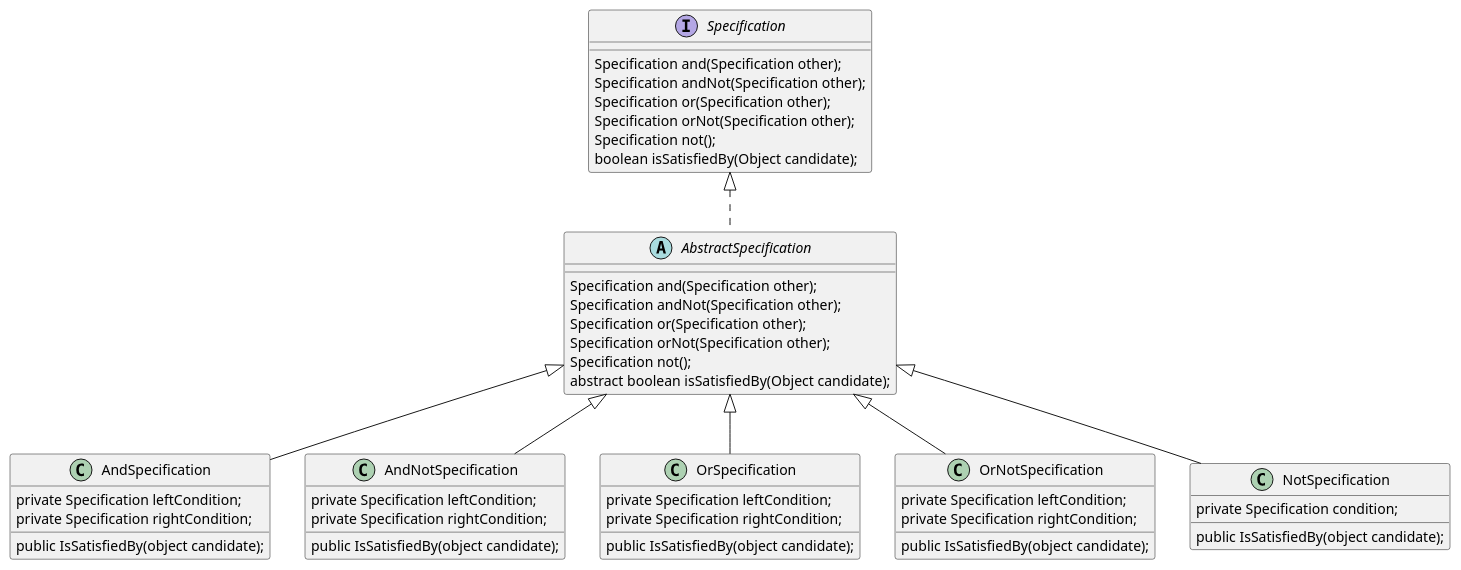
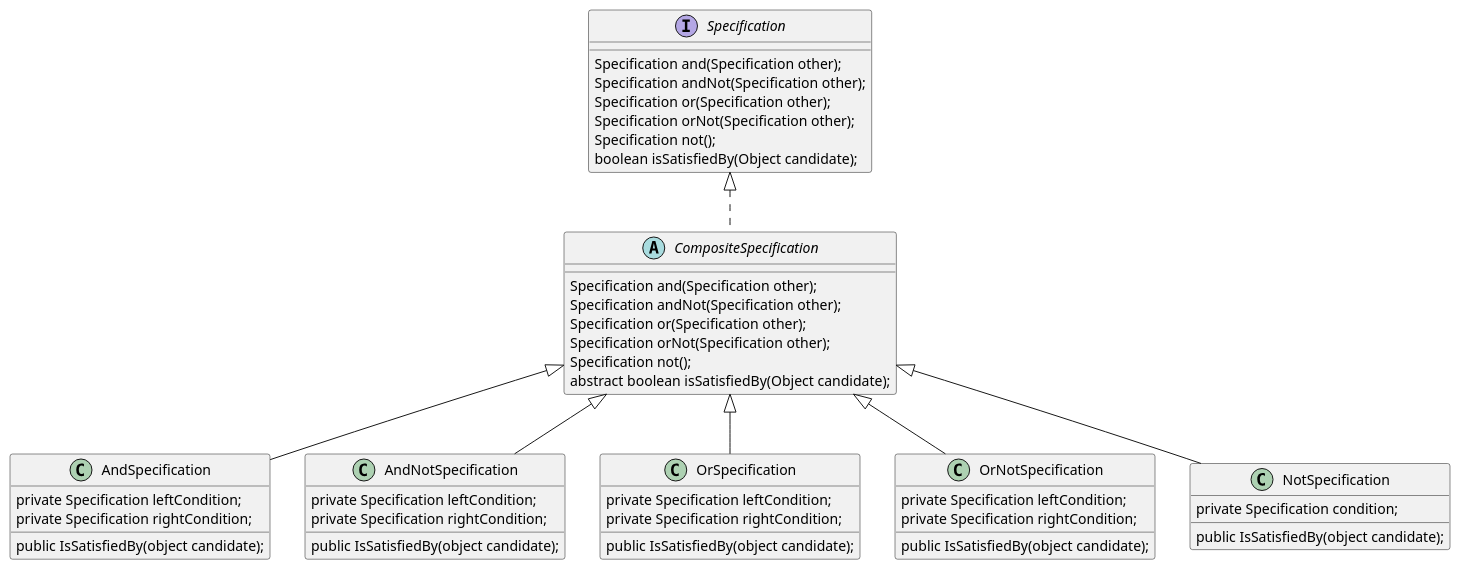
The diagram in specification/diagram.puml (devyonghee/design-pattern-java), drawn with PlantUML before and after one commit. The commit also changed 9 other files, not shown here.

```diff
--- a/specification/diagram.puml
+++ b/specification/diagram.puml
@@ -1,57 +1,57 @@
 @startuml
 'https://plantuml.com/class-diagram
 
 interface Specification {
   Specification and(Specification other);
   Specification andNot(Specification other);
   Specification or(Specification other);
   Specification orNot(Specification other);
   Specification not();
   boolean isSatisfiedBy(Object candidate);
 }
 
-abstract class AbstractSpecification implements Specification {
+abstract class CompositeSpecification implements Specification {
   Specification and(Specification other);
   Specification andNot(Specification other);
   Specification or(Specification other);
   Specification orNot(Specification other);
   Specification not();
   abstract boolean isSatisfiedBy(Object candidate);
 }
 
-class AndSpecification extends AbstractSpecification {
+class AndSpecification extends CompositeSpecification {
   private Specification leftCondition;
   private Specification rightCondition;
 
   public IsSatisfiedBy(object candidate);
 }
 
-class AndNotSpecification extends AbstractSpecification {
+class AndNotSpecification extends CompositeSpecification {
   private Specification leftCondition;
   private Specification rightCondition;
 
   public IsSatisfiedBy(object candidate);
 }
 
-class OrSpecification extends AbstractSpecification {
+class OrSpecification extends CompositeSpecification {
   private Specification leftCondition;
   private Specification rightCondition;
 
   public IsSatisfiedBy(object candidate);
 }
 
-class OrNotSpecification extends AbstractSpecification {
+class OrNotSpecification extends CompositeSpecification {
   private Specification leftCondition;
   private Specification rightCondition;
 
   public IsSatisfiedBy(object candidate);
 }
 
-class NotSpecification extends AbstractSpecification {
+class NotSpecification extends CompositeSpecification {
   private Specification condition;
 
   public IsSatisfiedBy(object candidate);
 }
 
 
 @enduml
```
